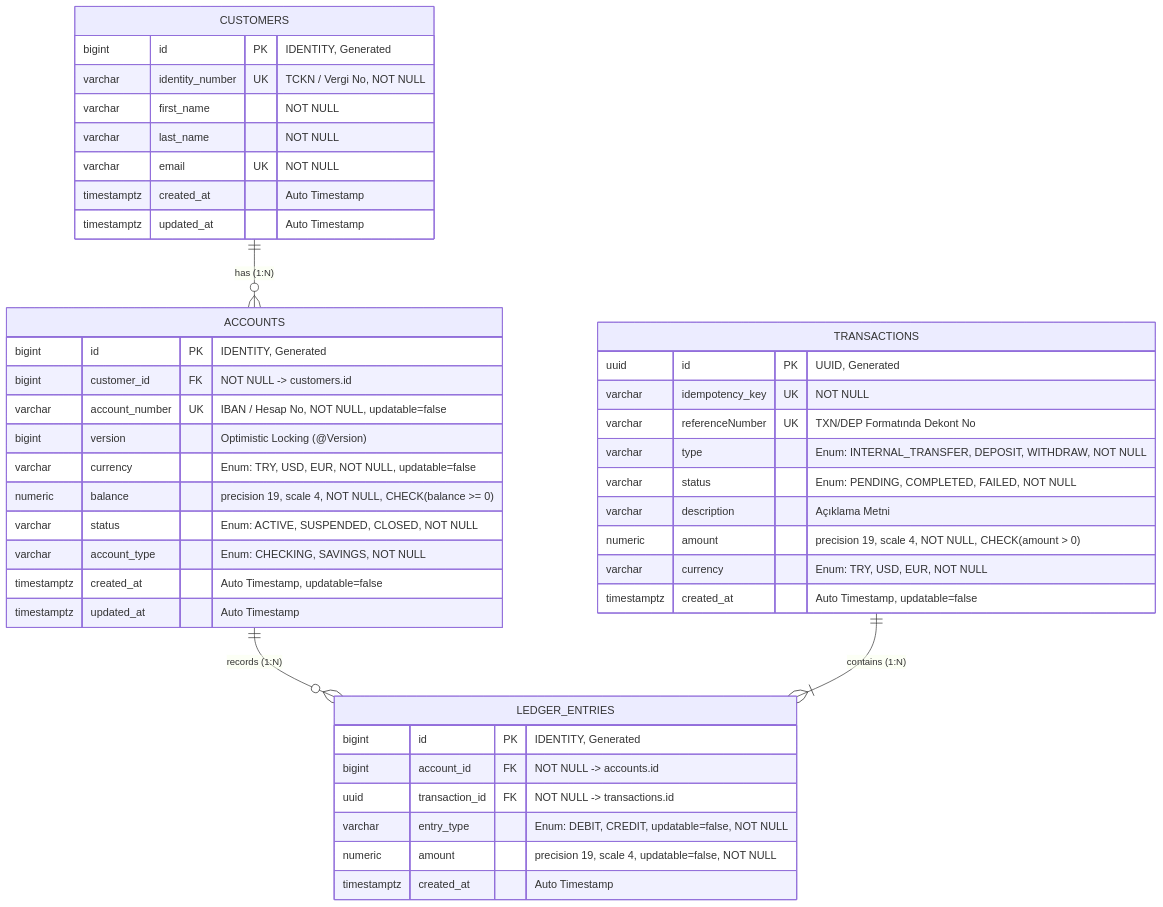
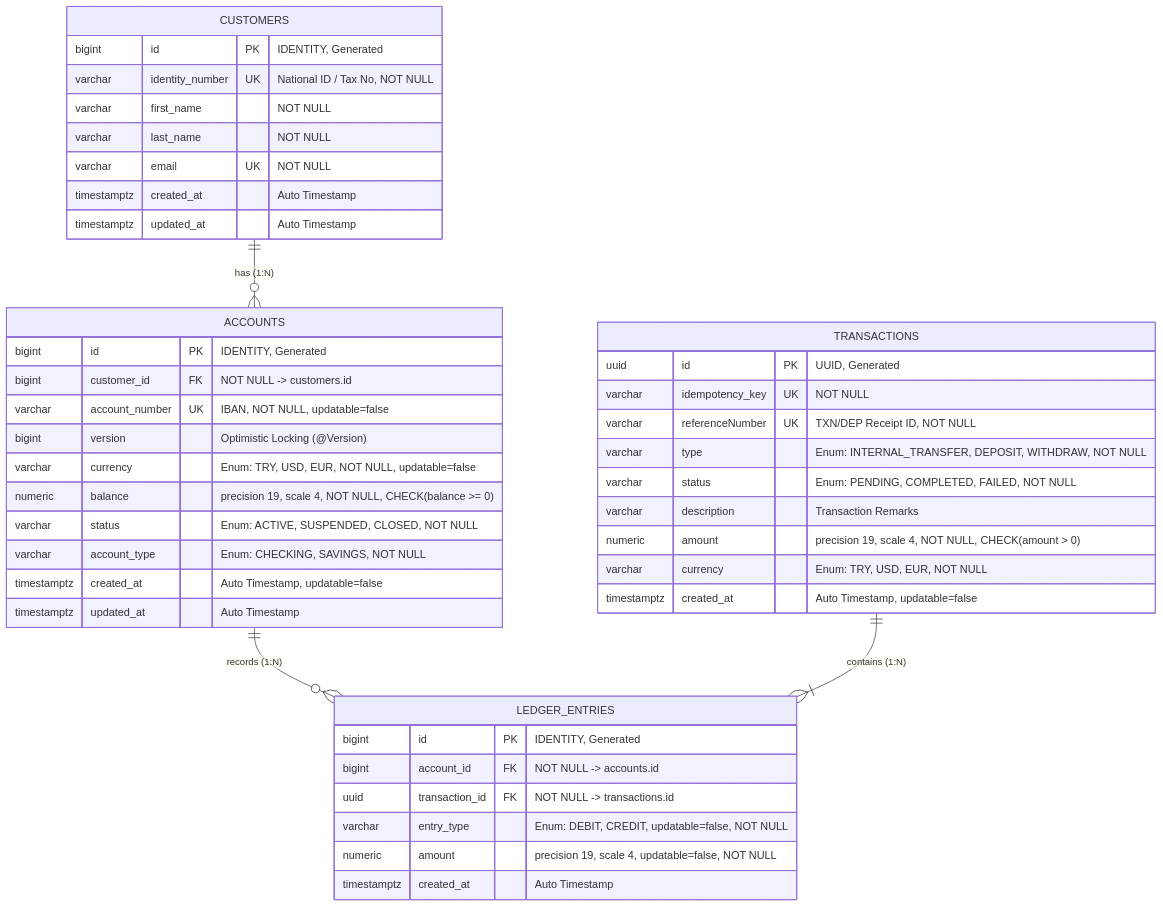
One commit to AKeremT/core-banking-ledger changed the diagram in README.md. Above: the diagram before and after it, drawn with Mermaid. The commit also changed other lines of this file and 1 other file, not shown here.

````diff
--- a/README.md
+++ b/README.md
@@ -86,50 +92,50 @@
 ```mermaid
 erDiagram
     CUSTOMERS ||--o{ ACCOUNTS : "has (1:N)"
     ACCOUNTS ||--o{ LEDGER_ENTRIES : "records (1:N)"
     TRANSACTIONS ||--|{ LEDGER_ENTRIES : "contains (1:N)"
 
     CUSTOMERS {
         bigint id PK "IDENTITY, Generated"
-        varchar identity_number UK "TCKN / Vergi No, NOT NULL"
+        varchar identity_number UK "National ID / Tax No, NOT NULL"
         varchar first_name "NOT NULL"
         varchar last_name "NOT NULL"
         varchar email UK "NOT NULL"
         timestamptz created_at "Auto Timestamp"
         timestamptz updated_at "Auto Timestamp"
     }
 
     ACCOUNTS {
         bigint id PK "IDENTITY, Generated"
         bigint customer_id FK "NOT NULL -> customers.id"
-        varchar account_number UK "IBAN / Hesap No, NOT NULL, updatable=false"
+        varchar account_number UK "IBAN, NOT NULL, updatable=false"
         bigint version "Optimistic Locking (@Version)"
         varchar currency "Enum: TRY, USD, EUR, NOT NULL, updatable=false"
         numeric balance "precision 19, scale 4, NOT NULL, CHECK(balance >= 0)"
         varchar status "Enum: ACTIVE, SUSPENDED, CLOSED, NOT NULL"
         varchar account_type "Enum: CHECKING, SAVINGS, NOT NULL"
         timestamptz created_at "Auto Timestamp, updatable=false"
         timestamptz updated_at "Auto Timestamp"
     }
 
     TRANSACTIONS {
         uuid id PK "UUID, Generated"
         varchar idempotency_key UK "NOT NULL"
-        varchar referenceNumber UK "TXN/DEP Formatında Dekont No"
+        varchar referenceNumber UK "TXN/DEP Receipt ID, NOT NULL"
         varchar type "Enum: INTERNAL_TRANSFER, DEPOSIT, WITHDRAW, NOT NULL"
         varchar status "Enum: PENDING, COMPLETED, FAILED, NOT NULL"
-        varchar description "Açıklama Metni"
+        varchar description "Transaction Remarks"
         numeric amount "precision 19, scale 4, NOT NULL, CHECK(amount > 0)"
         varchar currency "Enum: TRY, USD, EUR, NOT NULL"
         timestamptz created_at "Auto Timestamp, updatable=false"
     }
 
     LEDGER_ENTRIES {
         bigint id PK "IDENTITY, Generated"
         bigint account_id FK "NOT NULL -> accounts.id"
         uuid transaction_id FK "NOT NULL -> transactions.id"
         varchar entry_type "Enum: DEBIT, CREDIT, updatable=false, NOT NULL"
         numeric amount "precision 19, scale 4, updatable=false, NOT NULL"
         timestamptz created_at "Auto Timestamp"
     }
 ```
````
